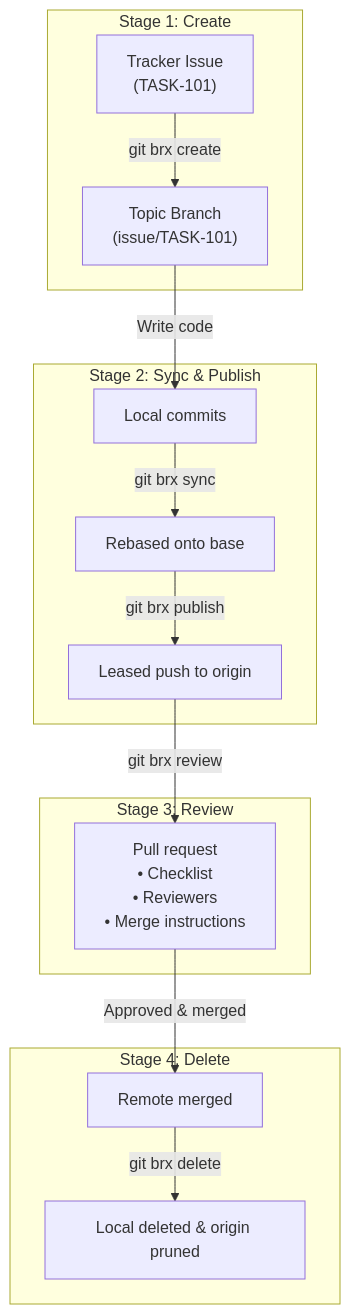
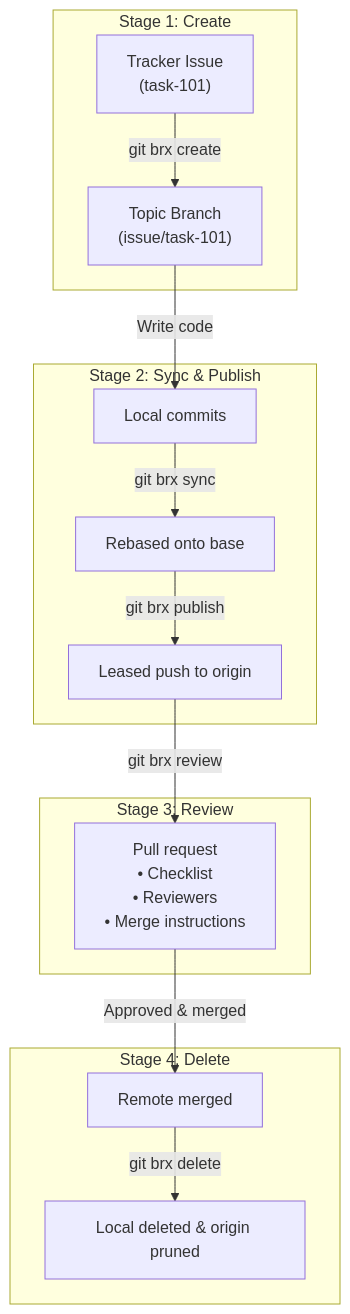
The diagram in docs/user-guide/philosophy.md (bvarnai/git-brx), drawn with Mermaid before and after one commit. The commit also changed other lines of this file and 3 other files, not shown here.

Commit message:
docs(guides): refine why git-brx section and lowercase task-101

````diff
--- a/docs/user-guide/philosophy.md
+++ b/docs/user-guide/philosophy.md
@@ -74,21 +74,21 @@
 ```mermaid
 flowchart TD
     subgraph S1 ["Stage 1: Create"]
-        Issue["Tracker Issue<br/>(TASK-101)"] -->|"git brx create"| TopicBranch["Topic Branch<br/>(issue/TASK-101)"]
+        Issue["Tracker Issue<br/>(task-101)"] -->|"git brx create"| TopicBranch["Topic Branch<br/>(issue/task-101)"]
     end
 
     subgraph S2 ["Stage 2: Sync & Publish"]
         TopicBranch -->|"Write code"| LocalCommits["Local commits"]
         LocalCommits -->|"git brx sync"| Rebased["Rebased onto base"]
         Rebased -->|"git brx publish"| RemoteBranch["Leased push to origin"]
     end
 
     subgraph S3 ["Stage 3: Review"]
         RemoteBranch -->|"git brx review"| PullRequest["Pull request<br/>• Checklist<br/>• Reviewers<br/>• Merge instructions"]
     end
 
     subgraph S4 ["Stage 4: Delete"]
         PullRequest -->|"Approved & merged"| SCM["Remote merged"]
         SCM -->|"git brx delete"| Clean["Local deleted & origin pruned"]
     end
 ```
````
